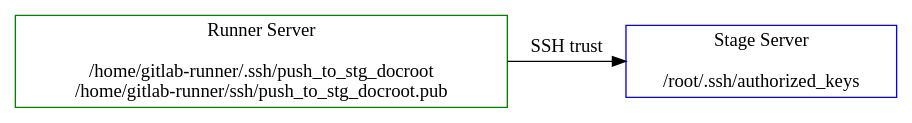
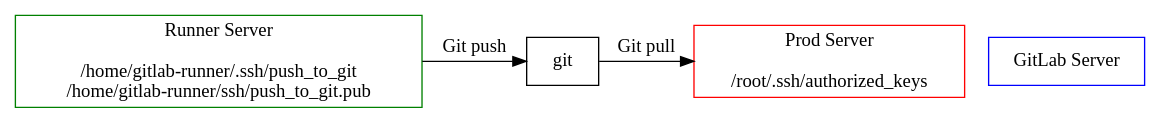
The diagram in img/deploy-git.dot (atsaloli/cicd), drawn with Graphviz before and after one commit. The commit also changed 1 other file, not shown here.

```diff
--- a/img/deploy-git.dot
+++ b/img/deploy-git.dot
@@ -1,10 +1,12 @@
 digraph G {
   node [ shape = box ];
 
-  gitlab_runner [ label = "Runner Server\n\n/home/gitlab-runner/.ssh/push_to_stg_docroot\n/home/gitlab-runner/ssh/push_to_stg_docroot.pub"  color = green  style = filled fillcolor = white ]
+  gitlab_runner [ label = "Runner Server\n\n/home/gitlab-runner/.ssh/push_to_git\n/home/gitlab-runner/ssh/push_to_git.pub"  color = green  style = filled fillcolor = white ]
 
-  stage [ label = "Stage Server\n\n/root/.ssh/authorized_keys\n"  color = blue  style = filled fillcolor = white ]
+  gitlab [ label = "GitLab Server"  color = blue  style = filled fillcolor = white ]
+  prod [ label = "Prod Server\n\n/root/.ssh/authorized_keys\n"  color = red  style = filled fillcolor = white ]
 
 
-  gitlab_runner -> stage [constraint=false label = "SSH trust" ];
+  gitlab_runner -> git [constraint=false label = "Git push" ];
+  git -> prod [constraint=false label = "Git pull" ];
 }
```
